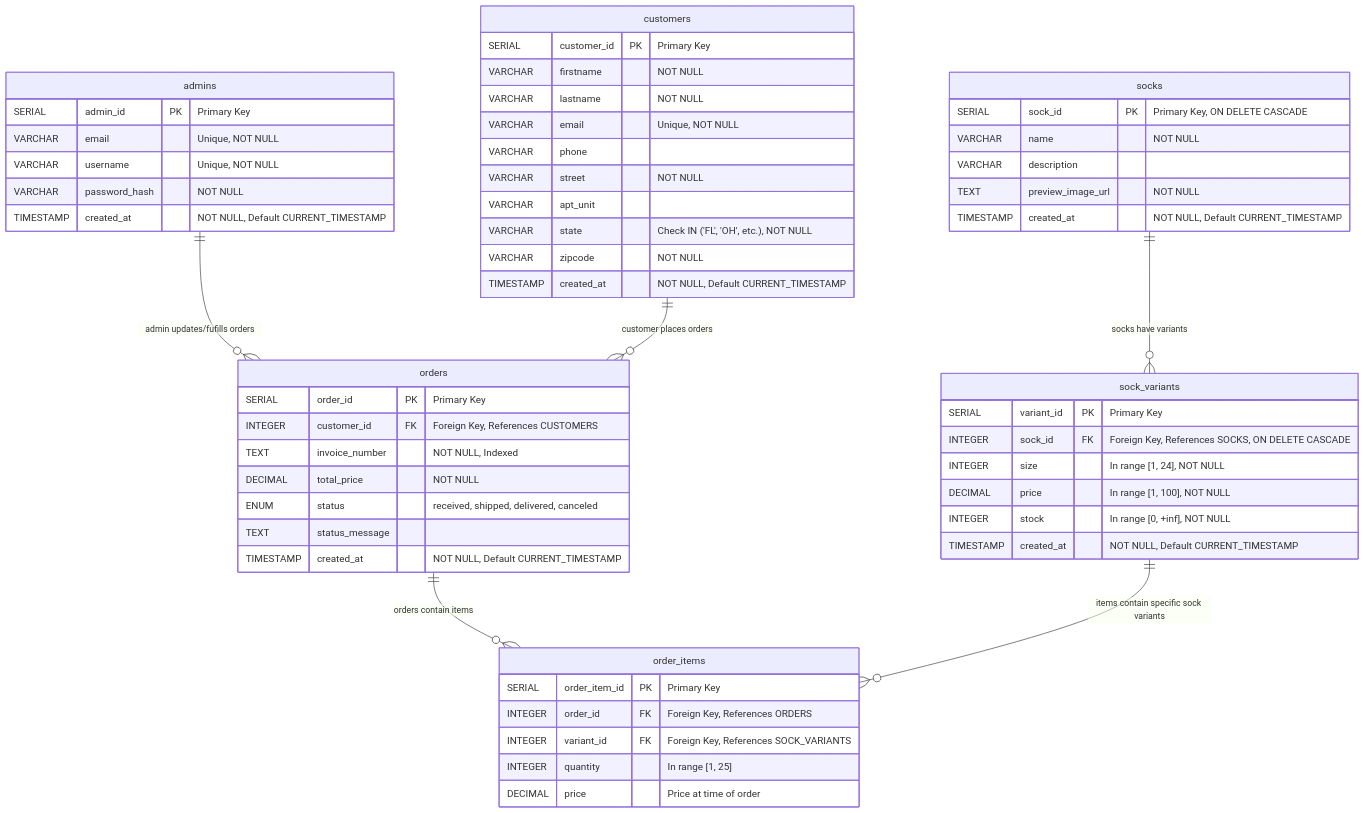
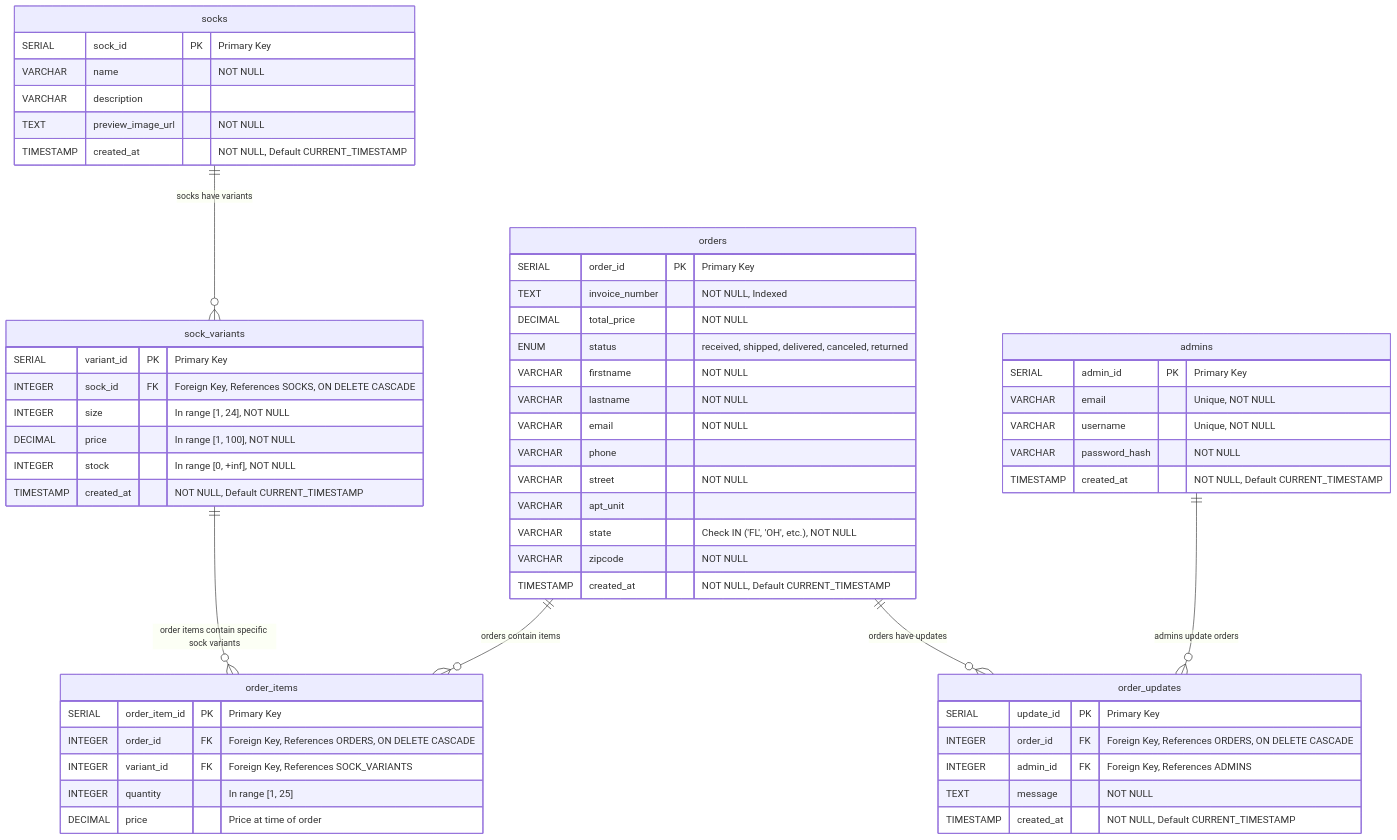
Before and after one commit to sockify/sockify: the diagram in docs/planning/entity_relationship_diagram.md, drawn with Mermaid. The commit also changed 1 other file, not shown here.

Commit message:
feat: updates ER diagram and database schema
- Removes the `customers` table
- Moves address and customer information directly into the `orders` table. Why? Mostly to simplify things. If we were to manage customer contact info and address independently from orders, if an admin were to update a users address (as requested by a user through call support), then all you would make the change and all past orders would have the new address even though that' not where the products were meant to be delivered.

````diff
--- a/docs/planning/entity_relationship_diagram.md
+++ b/docs/planning/entity_relationship_diagram.md
@@ -3,64 +3,65 @@
 ```mermaid
 erDiagram
     admins {
         SERIAL admin_id PK "Primary Key"
         VARCHAR email "Unique, NOT NULL"
         VARCHAR username "Unique, NOT NULL"
         VARCHAR password_hash "NOT NULL"
         TIMESTAMP created_at "NOT NULL, Default CURRENT_TIMESTAMP"
     }
 
-    customers {
-        SERIAL customer_id PK "Primary Key"
-        VARCHAR firstname "NOT NULL"
-        VARCHAR lastname "NOT NULL"
-        VARCHAR email "Unique, NOT NULL"
-        VARCHAR phone
-        VARCHAR street "NOT NULL"
-        VARCHAR apt_unit
-        VARCHAR state "Check IN ('FL', 'OH', etc.), NOT NULL"
-        VARCHAR zipcode "NOT NULL"
-        TIMESTAMP created_at "NOT NULL, Default CURRENT_TIMESTAMP"
-    }
-
     socks {
-        SERIAL sock_id PK "Primary Key, ON DELETE CASCADE"
+        SERIAL sock_id PK "Primary Key"
         VARCHAR name "NOT NULL"
         VARCHAR description
         TEXT preview_image_url "NOT NULL"
         TIMESTAMP created_at "NOT NULL, Default CURRENT_TIMESTAMP"
     }
 
     sock_variants {
         SERIAL variant_id PK "Primary Key"
         INTEGER sock_id FK "Foreign Key, References SOCKS, ON DELETE CASCADE"
         INTEGER size "In range [1, 24], NOT NULL"
         DECIMAL price "In range [1, 100], NOT NULL"
         INTEGER stock "In range [0, +inf], NOT NULL"
         TIMESTAMP created_at "NOT NULL, Default CURRENT_TIMESTAMP"
     }
 
     orders {
         SERIAL order_id PK "Primary Key"
-        INTEGER customer_id FK "Foreign Key, References CUSTOMERS"
         TEXT invoice_number "NOT NULL, Indexed"
         DECIMAL total_price "NOT NULL"
-        ENUM status "received, shipped, delivered, canceled"
-        TEXT status_message ""
+        ENUM status "received, shipped, delivered, canceled, returned"
+        VARCHAR firstname "NOT NULL"
+        VARCHAR lastname "NOT NULL"
+        VARCHAR email "NOT NULL"
+        VARCHAR phone
+        VARCHAR street "NOT NULL"
+        VARCHAR apt_unit
+        VARCHAR state "Check IN ('FL', 'OH', etc.), NOT NULL"
+        VARCHAR zipcode "NOT NULL"
         TIMESTAMP created_at "NOT NULL, Default CURRENT_TIMESTAMP"
     }
 
     order_items {
         SERIAL order_item_id PK "Primary Key"
-        INTEGER order_id FK "Foreign Key, References ORDERS"
+        INTEGER order_id FK "Foreign Key, References ORDERS, ON DELETE CASCADE"
         INTEGER variant_id FK "Foreign Key, References SOCK_VARIANTS"
         INTEGER quantity "In range [1, 25]"
         DECIMAL price "Price at time of order"
     }
 
-    admins ||--o{ orders : "admin updates/fufills orders"
-    customers ||--o{ orders : "customer places orders"
+    order_updates {
+        SERIAL update_id PK "Primary Key"
+        INTEGER order_id FK "Foreign Key, References ORDERS, ON DELETE CASCADE"
+        INTEGER admin_id FK "Foreign Key, References ADMINS"
+        TEXT message "NOT NULL"
+        TIMESTAMP created_at "NOT NULL, Default CURRENT_TIMESTAMP"
+    }
+
     socks ||--o{ sock_variants : "socks have variants"
     orders ||--o{ order_items : "orders contain items"
-    sock_variants ||--o{ order_items : "items contain specific sock variants"
+    sock_variants ||--o{ order_items : "order items contain specific sock variants"
+    admins ||--o{ order_updates : "admins update orders"
+    orders ||--o{ order_updates : "orders have updates"
 ```
````
